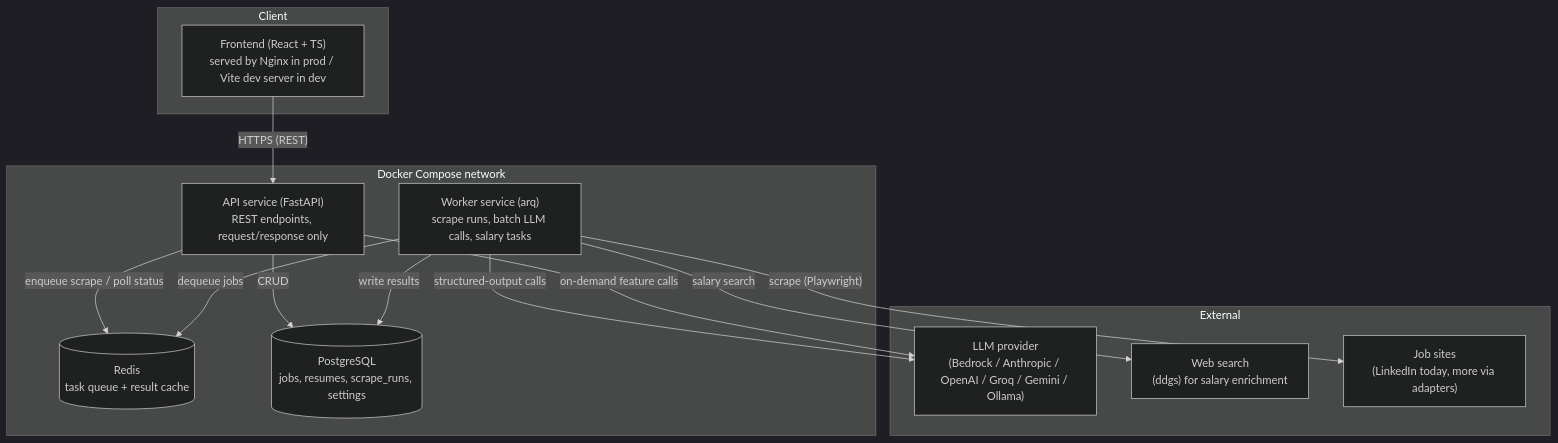
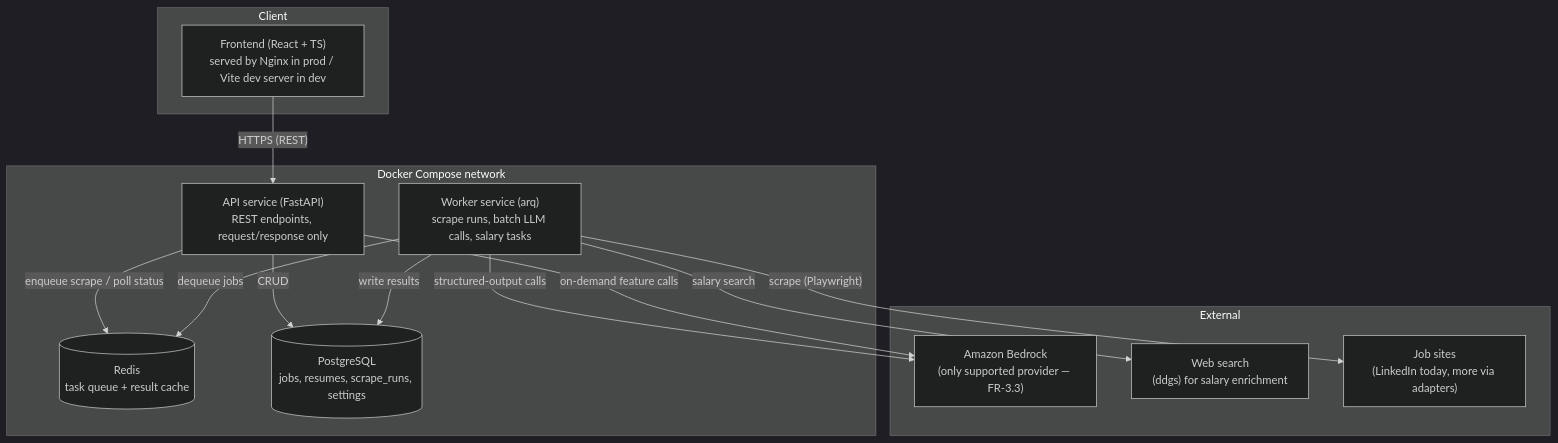
Before and after one commit to Anand09-in/linkedin-job-matcher: the first of 2 diagrams in v2/docs/architecture.md, drawn with Mermaid (dark theme). The commit also changed other lines of this file and 27 other files, not shown here.

````diff
--- a/v2/docs/architecture.md
+++ b/v2/docs/architecture.md
@@ -26,29 +26,29 @@
 ```mermaid
 flowchart TB
     subgraph Client
         FE["Frontend (React + TS)<br/>served by Nginx in prod / Vite dev server in dev"]
     end
 
     subgraph Backend["Docker Compose network"]
         API["API service (FastAPI)<br/>REST endpoints, request/response only"]
         WORKER["Worker service (arq)<br/>scrape runs, batch LLM calls, salary tasks"]
         REDIS[("Redis<br/>task queue + result cache")]
         PG[("PostgreSQL<br/>jobs, resumes, scrape_runs, settings")]
     end
 
     subgraph External
-        LLM["LLM provider<br/>(Bedrock / Anthropic / OpenAI / Groq / Gemini / Ollama)"]
+        LLM["Amazon Bedrock<br/>(only supported provider — FR-3.3)"]
         WEB["Web search<br/>(ddgs) for salary enrichment"]
         SITES["Job sites<br/>(LinkedIn today, more via adapters)"]
     end
 
     FE -- "HTTPS (REST)" --> API
     API -- "enqueue scrape / poll status" --> REDIS
     API -- "CRUD" --> PG
     WORKER -- "dequeue jobs" --> REDIS
     WORKER -- "write results" --> PG
     WORKER -- "scrape (Playwright)" --> SITES
     WORKER -- "structured-output calls" --> LLM
     WORKER -- "salary search" --> WEB
     API -- "on-demand feature calls" --> LLM
 ```
````
